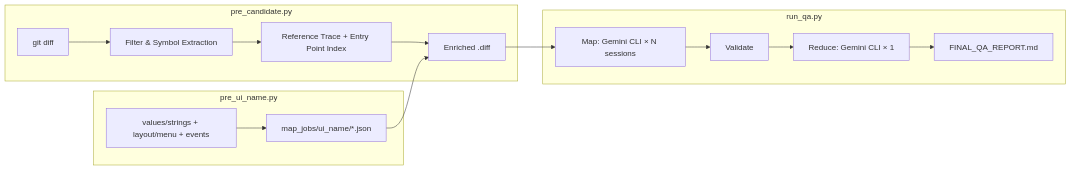
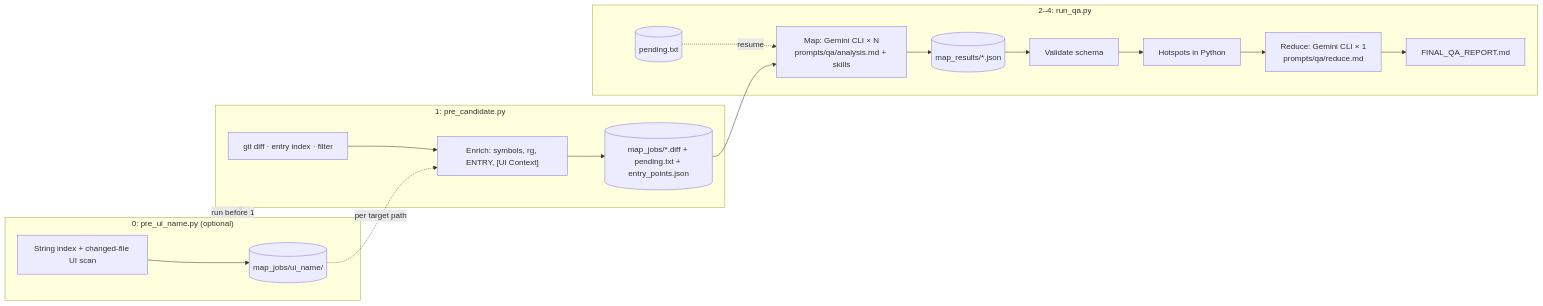
The first of 6 diagrams in README.md (codefoundry-io/project-qa), drawn with Mermaid before and after one commit. The commit also changed other lines of this file and 4 other files, not shown here.

````diff
--- a/README.md
+++ b/README.md
@@ -7,22 +7,28 @@
 ```mermaid
 flowchart LR
-    subgraph ui["pre_ui_name.py"]
-        U0["values/strings + layout/menu + events"]
-        U0 --> U1["map_jobs/ui_name/*.json"]
+    subgraph P0["0: pre_ui_name.py (optional)"]
+        U0["String index + changed-file UI scan"]
+        U0 --> U1[("map_jobs/ui_name/")]
     end
 
-    subgraph pre["pre_candidate.py"]
-        A[git diff] --> B[Filter & Symbol Extraction]
-        B --> C[Reference Trace + Entry Point Index]
-        C --> F["Enriched .diff"]
-        U1 --> F
+    subgraph P1["1: pre_candidate.py"]
+        A["git diff · entry index · filter"]
+        A --> M["Enrich: symbols, rg, ENTRY, [UI Context]"]
+        U1 -.->|per target path| M
+        M --> F[("map_jobs/*.diff + pending.txt + entry_points.json")]
     end
 
-    subgraph run["run_qa.py"]
-        G["Map: Gemini CLI × N sessions"] --> H[Validate]
-        H --> I["Reduce: Gemini CLI × 1"]
-        I --> J["FINAL_QA_REPORT.md"]
+    subgraph RQ["2–4: run_qa.py"]
+        G["Map: Gemini CLI × N<br/>prompts/qa/analysis.md + skills"]
+        MR[("map_results/*.json")]
+        H[Validate schema]
+        HS[Hotspots in Python]
+        R["Reduce: Gemini CLI × 1<br/>prompts/qa/reduce.md"]
+        J["FINAL_QA_REPORT.md"]
+        G --> MR --> H --> HS --> R --> J
+        PEND[("pending.txt")] -.->|resume| G
     end
 
+    P0 -.->|run before 1| P1
     F --> G
 ```
````
